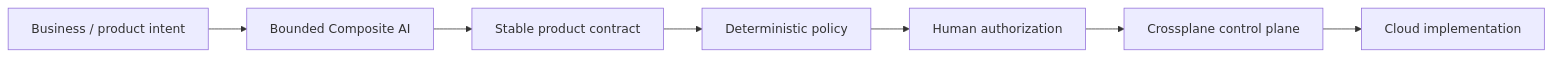
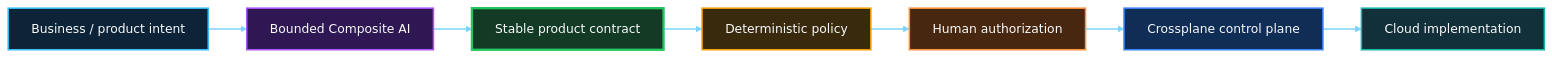
The fourth of 6 diagrams in README.md (SAABOLImpactVenture/ai-powered-infrastructure-as-a-product), drawn with Mermaid before and after one commit. The commit also changed other lines of this file and 5 other files, not shown here.

````diff
--- a/README.md
+++ b/README.md
@@ -244,17 +305,33 @@
 ```mermaid
 flowchart LR
   INTENT[Business / product intent]
   AI[Bounded Composite AI]
   CONTRACT[Stable product contract]
   POLICY[Deterministic policy]
   APPROVAL[Human authorization]
   CONTROL[Crossplane control plane]
   CLOUD[Cloud implementation]
 
   INTENT --> AI
   AI --> CONTRACT
   CONTRACT --> POLICY
   POLICY --> APPROVAL
   APPROVAL --> CONTROL
   CONTROL --> CLOUD
+
+  classDef intent fill:#0D2438,stroke:#38BDF8,stroke-width:2px,color:#F8FAFC
+  classDef intelligence fill:#2E1752,stroke:#A855F7,stroke-width:2px,color:#F8FAFC
+  classDef contract fill:#123A24,stroke:#22C55E,stroke-width:3px,color:#F8FAFC
+  classDef governance fill:#3A2A0D,stroke:#F59E0B,stroke-width:2px,color:#F8FAFC
+  classDef human fill:#47270F,stroke:#FB923C,stroke-width:2px,color:#F8FAFC
+  classDef control fill:#102D55,stroke:#3B82F6,stroke-width:2px,color:#F8FAFC
+  classDef cloud fill:#12303A,stroke:#14B8A6,stroke-width:2px,color:#F8FAFC
+  class INTENT intent
+  class AI intelligence
+  class CONTRACT contract
+  class POLICY governance
+  class APPROVAL human
+  class CONTROL control
+  class CLOUD cloud
+  linkStyle default stroke:#7DD3FC,stroke-width:2px
 ```
````
